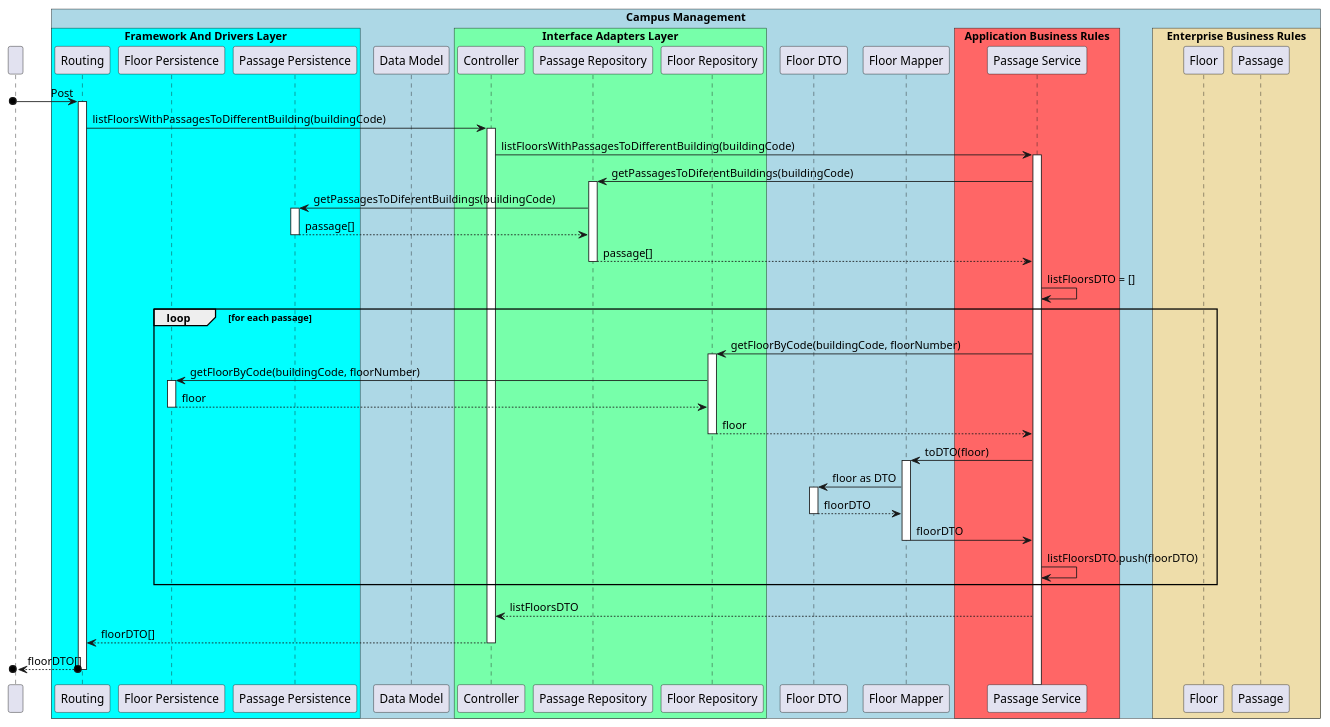
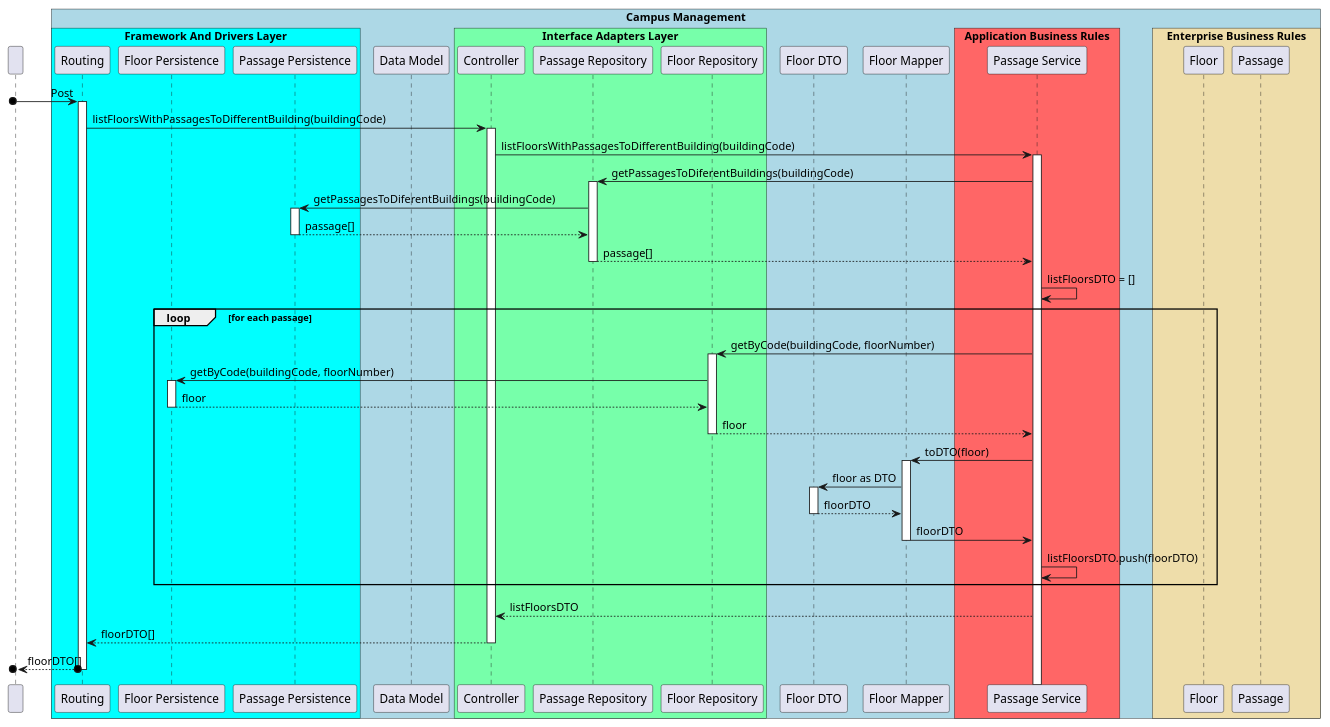
Before and after one commit to winqus/RobDroneGo: the diagram in docs/US/ID-220/SD lv3.puml, drawn with PlantUML.

Commit message:
Update SD Lv3 ID-220

```diff
--- a/docs/US/ID-220/SD lv3.puml
+++ b/docs/US/ID-220/SD lv3.puml
@@ -1,97 +1,97 @@
 @startuml SD Lv3
 
 !pragma teoz true
 
 participant " "
 box "Campus Management" #LightBlue
 
     box "Framework And Drivers Layer" #00ffff
         participant Routing
         participant "Floor Persistence" as FloorPers
         participant "Passage Persistence" as PassagePers
     end box
 
     participant "Data Model" as Data
     box "Interface Adapters Layer" #77ffaa
         participant Controller
         participant "Passage Repository" as PassageRepository
         participant "Floor Repository" as FloorRepo
     end box
 
     participant "Floor DTO" as FloorDTO
     participant "Floor Mapper" as FloorMapper
     box "Application Business Rules" #ff6666
         participant "Passage Service" as PassageService
     end box
 
     box "Enterprise Business Rules" #eeddaa
         participant Floor
         participant Passage
     end box
 end box
 
 
 [o-> Routing : Post
 activate Routing
 
     Routing -> Controller : listFloorsWithPassagesToDifferentBuilding(buildingCode)
     activate Controller
 
         Controller -> PassageService : listFloorsWithPassagesToDifferentBuilding(buildingCode)
         activate PassageService
 
             PassageService -> PassageRepository : getPassagesToDiferentBuildings(buildingCode)
             activate PassageRepository
 
                 PassageRepository -> PassagePers : getPassagesToDiferentBuildings(buildingCode)
                 activate PassagePers
 
                 PassagePers --> PassageRepository : passage[]
                 deactivate PassagePers
 
             PassageRepository --> PassageService : passage[]
             deactivate PassageRepository
 
             PassageService -> PassageService : listFloorsDTO = []
 
             loop for each passage 
                 
-                PassageService -> FloorRepo: getFloorByCode(buildingCode, floorNumber)
+                PassageService -> FloorRepo: getByCode(buildingCode, floorNumber)
                 activate FloorRepo
 
-                    FloorRepo -> FloorPers: getFloorByCode(buildingCode, floorNumber)
+                    FloorRepo -> FloorPers: getByCode(buildingCode, floorNumber)
                     activate FloorPers
 
                     FloorPers --> FloorRepo: floor
                     deactivate FloorPers
 
                 FloorRepo --> PassageService: floor
                 deactivate FloorRepo
 
                 PassageService -> FloorMapper: toDTO(floor)
                 activate FloorMapper
 
                     FloorMapper -> FloorDTO: floor as DTO
                     activate FloorDTO
 
                     FloorDTO --> FloorMapper: floorDTO
                     deactivate FloorDTO
 
                 FloorMapper -> PassageService: floorDTO
                 deactivate FloorMapper
 
                 PassageService -> PassageService: listFloorsDTO.push(floorDTO)
 
 
             end
 
             PassageService --> Controller : listFloorsDTO
 
     Controller --> Routing : floorDTO[]
     deactivate Controller
 
 [o<--o Routing : floorDTO[]
 deactivate Routing
 
 
 @enduml
```
